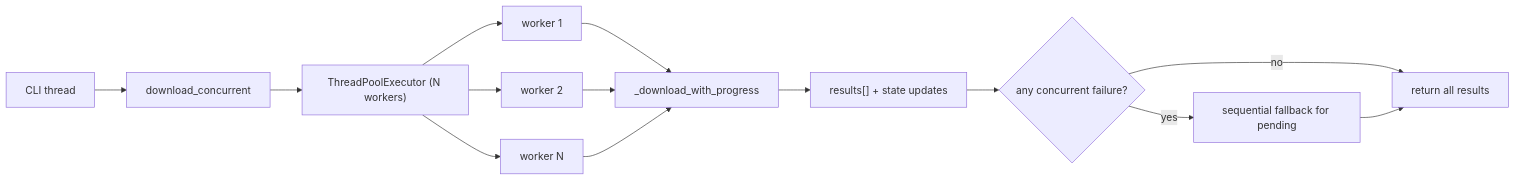
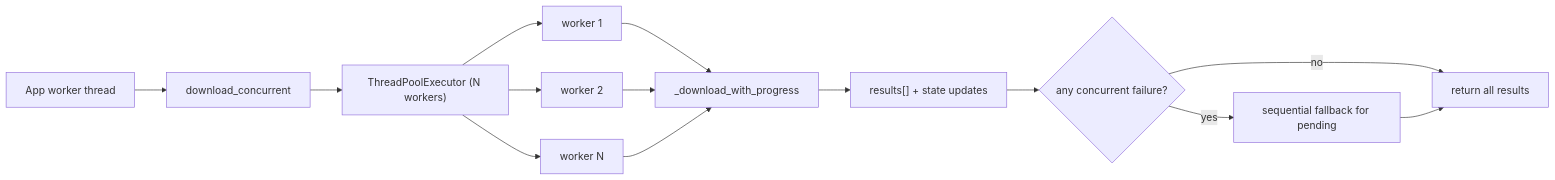
One commit to Praveen-Aj/tamil-mp3-downloader changed the sixth of 7 diagrams in ARCHITECTURE.md. Above: the diagram before and after it, drawn with Mermaid. The commit also changed other lines of this file and 44 other files, not shown here.

````diff
--- a/ARCHITECTURE.md
+++ b/ARCHITECTURE.md
@@ -206,18 +203,18 @@
 ```mermaid
 flowchart LR
-    A["CLI thread"] --> B["download_concurrent"]
+  A["App worker thread"] --> B["download_concurrent"]
     B --> C["ThreadPoolExecutor (N workers)"]
     C --> D["worker 1"]
     C --> E["worker 2"]
     C --> F["worker N"]
 
     D --> G["_download_with_progress"]
     E --> G
     F --> G
 
     G --> H["results[] + state updates"]
     H --> I{"any concurrent failure?"}
     I -- "yes" --> J["sequential fallback for pending"]
     I -- "no" --> K["return all results"]
     J --> K
 ```
````
